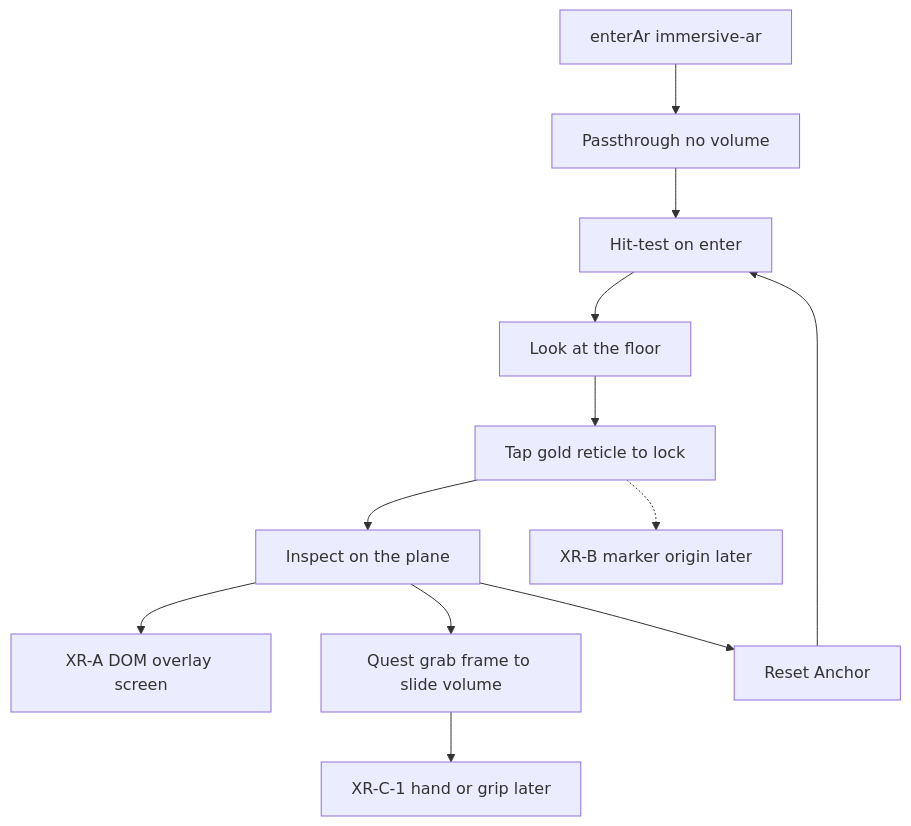
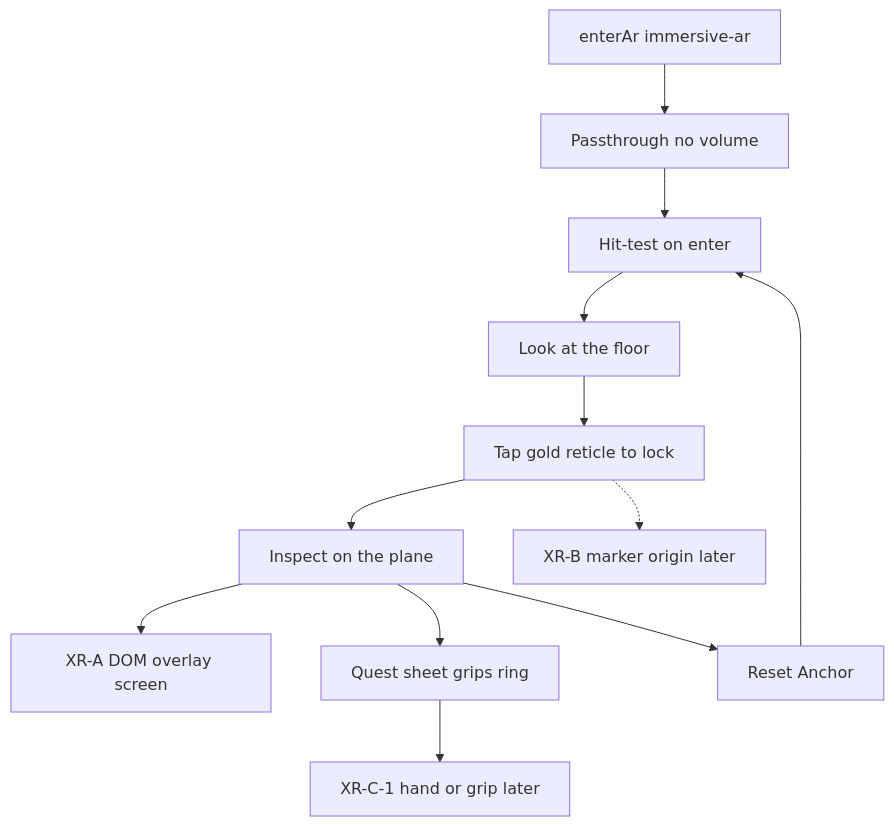
One commit to PiMaV/DONNER changed diagram 37 of 40 in architecture.md. Above: the diagram before and after it, drawn with Mermaid. The commit also changed other lines of this file and 16 other files, not shown here.

````diff
--- a/architecture.md
+++ b/architecture.md
@@ -1447,21 +1452,21 @@
 ```mermaid
 flowchart TB
   enter[enterAr immersive-ar]
   idle[Passthrough no volume]
   search[Hit-test on enter]
   look[Look at the floor]
   place[Tap gold reticle to lock]
   reset[Reset Anchor]
   inspect[Inspect on the plane]
   overlay[XR-A DOM overlay screen]
-  frames[Quest grab frame to slide volume]
+  frames[Quest sheet grips ring]
   hands[XR-C-1 hand or grip later]
   marker[XR-B marker origin later]
   enter --> idle --> search --> look --> place --> inspect
   inspect --> overlay
   inspect --> frames
   inspect --> reset
   reset --> search
   frames --> hands
   place -.-> marker
 ```
````
